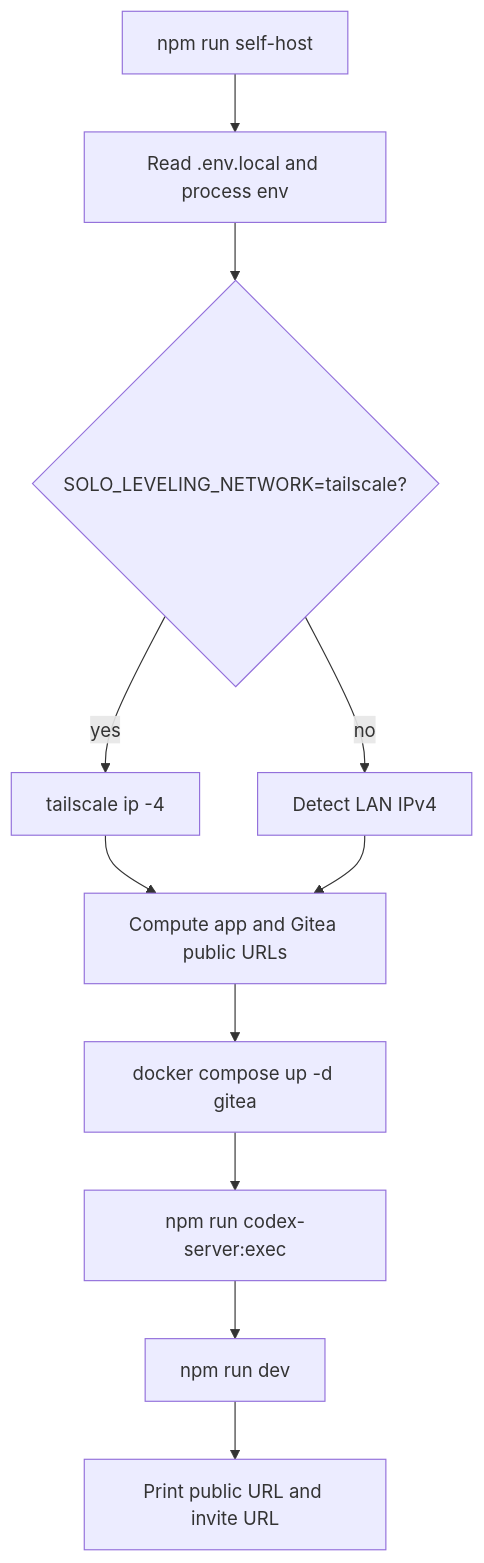
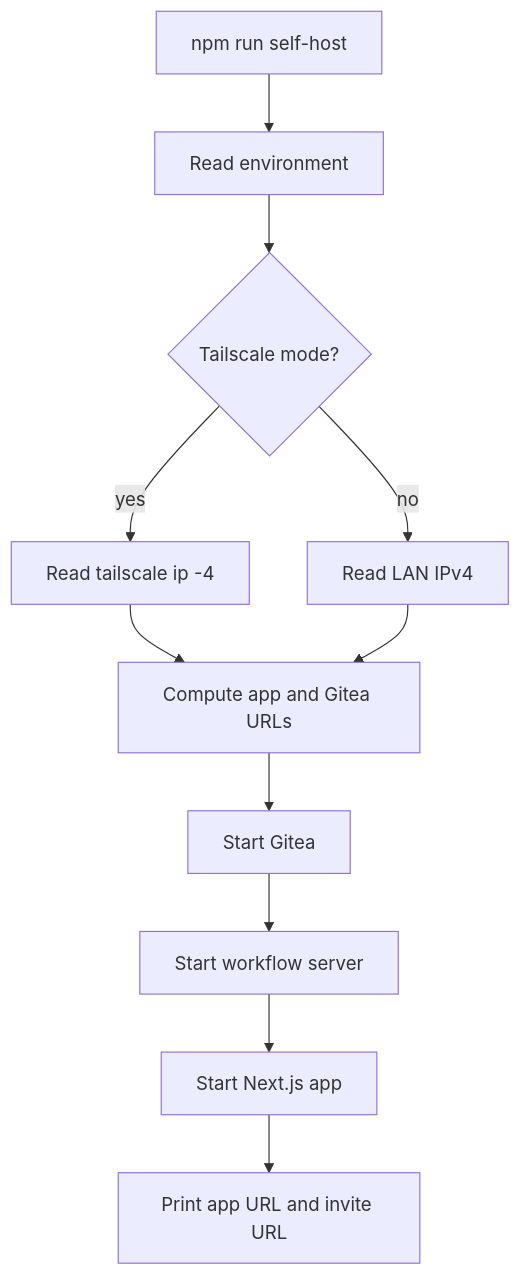
One commit to leonidas1312/group-leveling changed the eighth of 9 diagrams in ARCHITECTURE.md. Above: the diagram before and after it, drawn with Mermaid. The commit also changed other lines of this file and 12 other files, not shown here.

````diff
--- a/ARCHITECTURE.md
+++ b/ARCHITECTURE.md
@@ -270,13 +263,13 @@
 ```mermaid
 flowchart TD
-  Start["npm run self-host"] --> Env["Read .env.local and process env"]
-  Env --> Network{SOLO_LEVELING_NETWORK=tailscale?}
-  Network -->|yes| Tailscale["tailscale ip -4"]
-  Network -->|no| LAN["Detect LAN IPv4"]
-  Tailscale --> URLs["Compute app and Gitea public URLs"]
-  LAN --> URLs
-  URLs --> Compose["docker compose up -d gitea"]
-  Compose --> Runner["npm run codex-server:exec"]
-  Runner --> Next["npm run dev"]
-  Next --> Print["Print public URL and invite URL"]
+  Start["npm run self-host"] --> Env["Read environment"]
+  Env --> Network{Tailscale mode?}
+  Network -->|yes| TailIP["Read tailscale ip -4"]
+  Network -->|no| LANIP["Read LAN IPv4"]
+  TailIP --> URLs["Compute app and Gitea URLs"]
+  LANIP --> URLs
+  URLs --> Compose["Start Gitea"]
+  Compose --> Runner["Start workflow server"]
+  Runner --> Next["Start Next.js app"]
+  Next --> Print["Print app URL and invite URL"]
 ```
````
